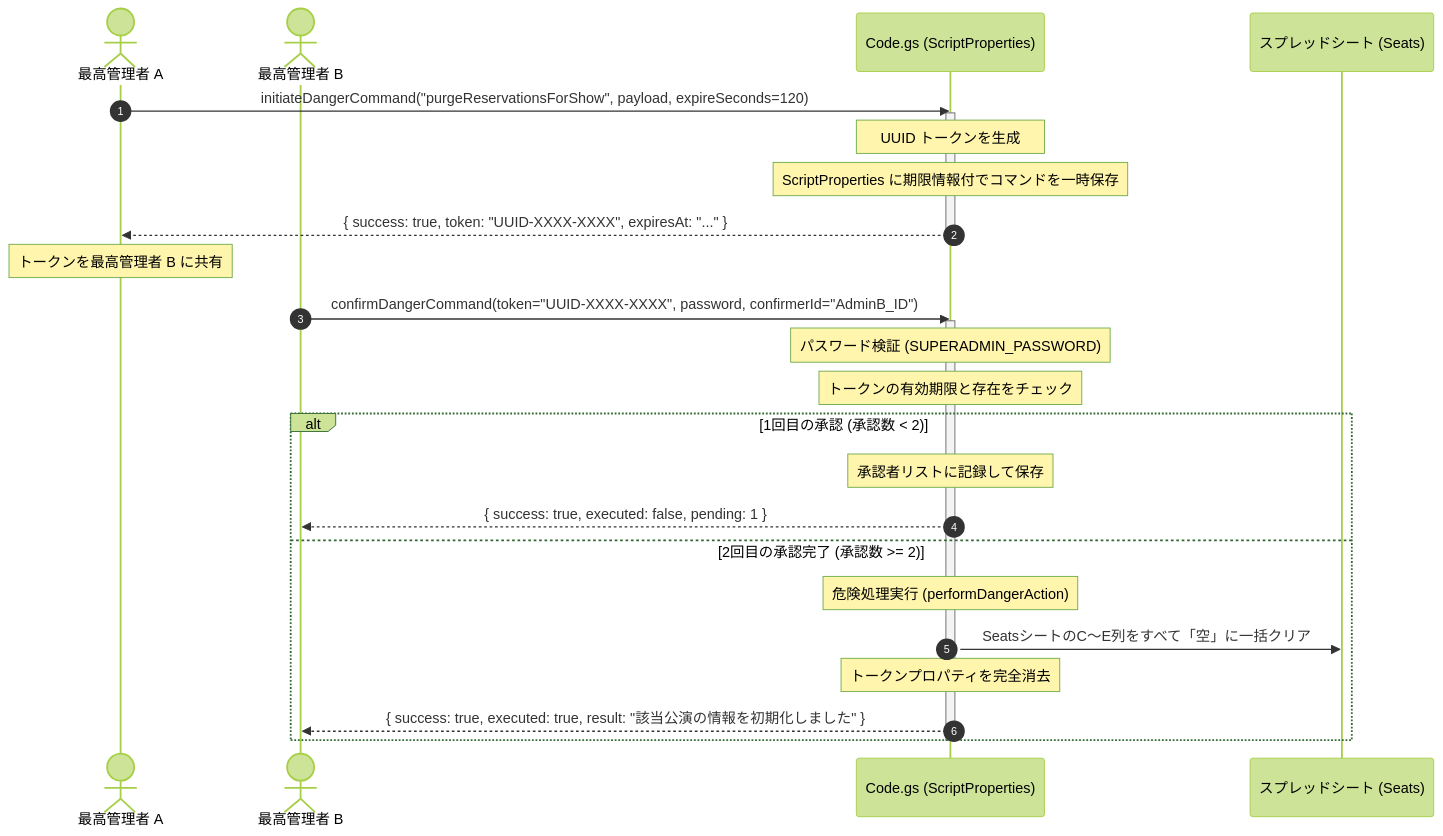
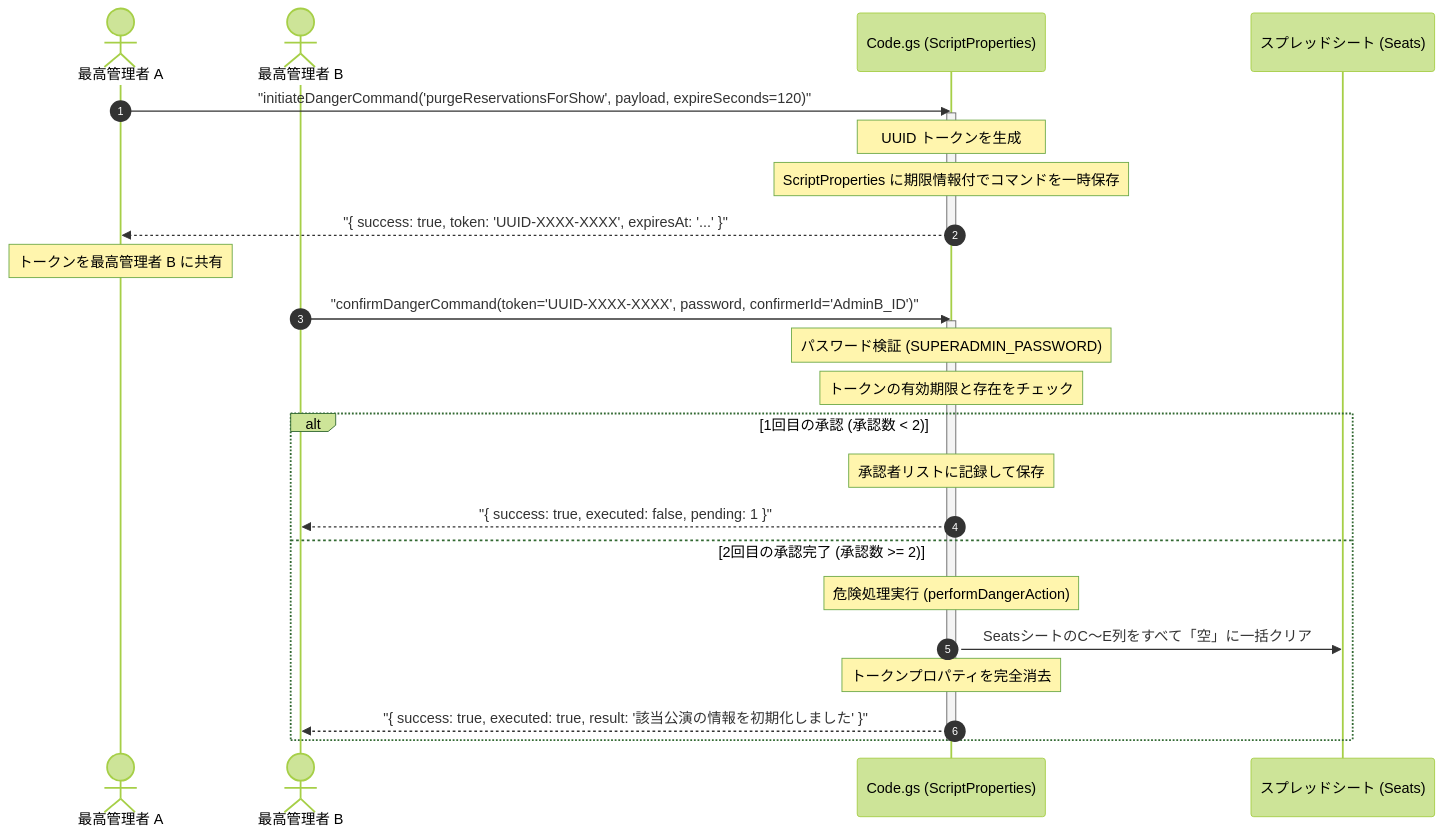
One commit to J105588/tickets changed the sixth of 6 diagrams in README.md. Above: the diagram before and after it, drawn with Mermaid (forest theme). The commit also changed other lines of this file, not shown here.

````diff
--- a/README.md
+++ b/README.md
@@ -392,33 +392,33 @@
 ```mermaid
 sequenceDiagram
     autonumber
     actor Admin1 as 最高管理者 A
     actor Admin2 as 最高管理者 B
     participant GAS as Code.gs (ScriptProperties)
     participant Sheet as スプレッドシート (Seats)
 
-    Admin1->>GAS: initiateDangerCommand("purgeReservationsForShow", payload, expireSeconds=120)
+    Admin1->>GAS: "initiateDangerCommand('purgeReservationsForShow', payload, expireSeconds=120)"
     activate GAS
     Note over GAS: UUID トークンを生成
     Note over GAS: ScriptProperties に期限情報付でコマンドを一時保存
-    GAS-->>Admin1: { success: true, token: "UUID-XXXX-XXXX", expiresAt: "..." }
+    GAS-->>Admin1: "{ success: true, token: 'UUID-XXXX-XXXX', expiresAt: '...' }"
     deactivate GAS
     
     Note over Admin1: トークンを最高管理者 B に共有
 
-    Admin2->>GAS: confirmDangerCommand(token="UUID-XXXX-XXXX", password, confirmerId="AdminB_ID")
+    Admin2->>GAS: "confirmDangerCommand(token='UUID-XXXX-XXXX', password, confirmerId='AdminB_ID')"
     activate GAS
     Note over GAS: パスワード検証 (SUPERADMIN_PASSWORD)
     Note over GAS: トークンの有効期限と存在をチェック
     
     alt 1回目の承認 (承認数 < 2)
         Note over GAS: 承認者リストに記録して保存
-        GAS-->>Admin2: { success: true, executed: false, pending: 1 }
+        GAS-->>Admin2: "{ success: true, executed: false, pending: 1 }"
     else 2回目の承認完了 (承認数 >= 2)
         Note over GAS: 危険処理実行 (performDangerAction)
         GAS->>Sheet: SeatsシートのC〜E列をすべて「空」に一括クリア
         Note over GAS: トークンプロパティを完全消去
-        GAS-->>Admin2: { success: true, executed: true, result: "該当公演の情報を初期化しました" }
+        GAS-->>Admin2: "{ success: true, executed: true, result: '該当公演の情報を初期化しました' }"
     end
     deactivate GAS
 ```
````
